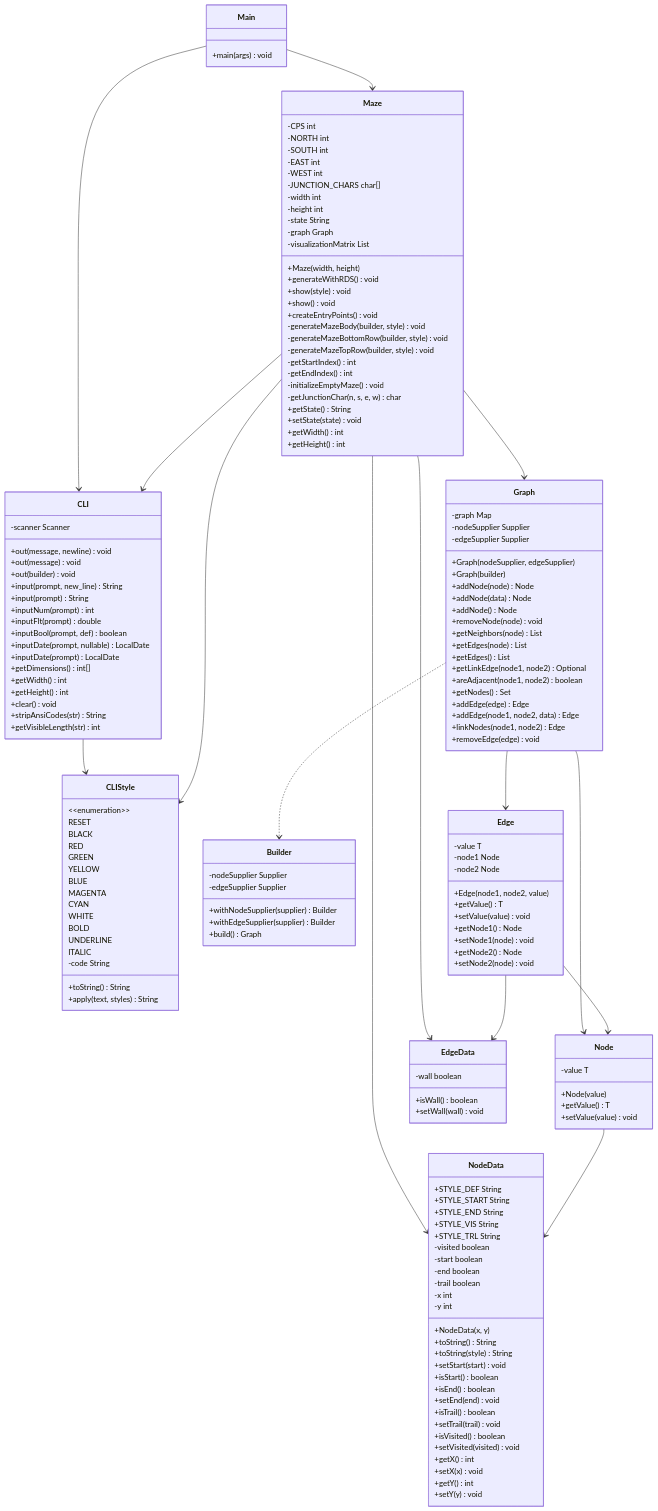
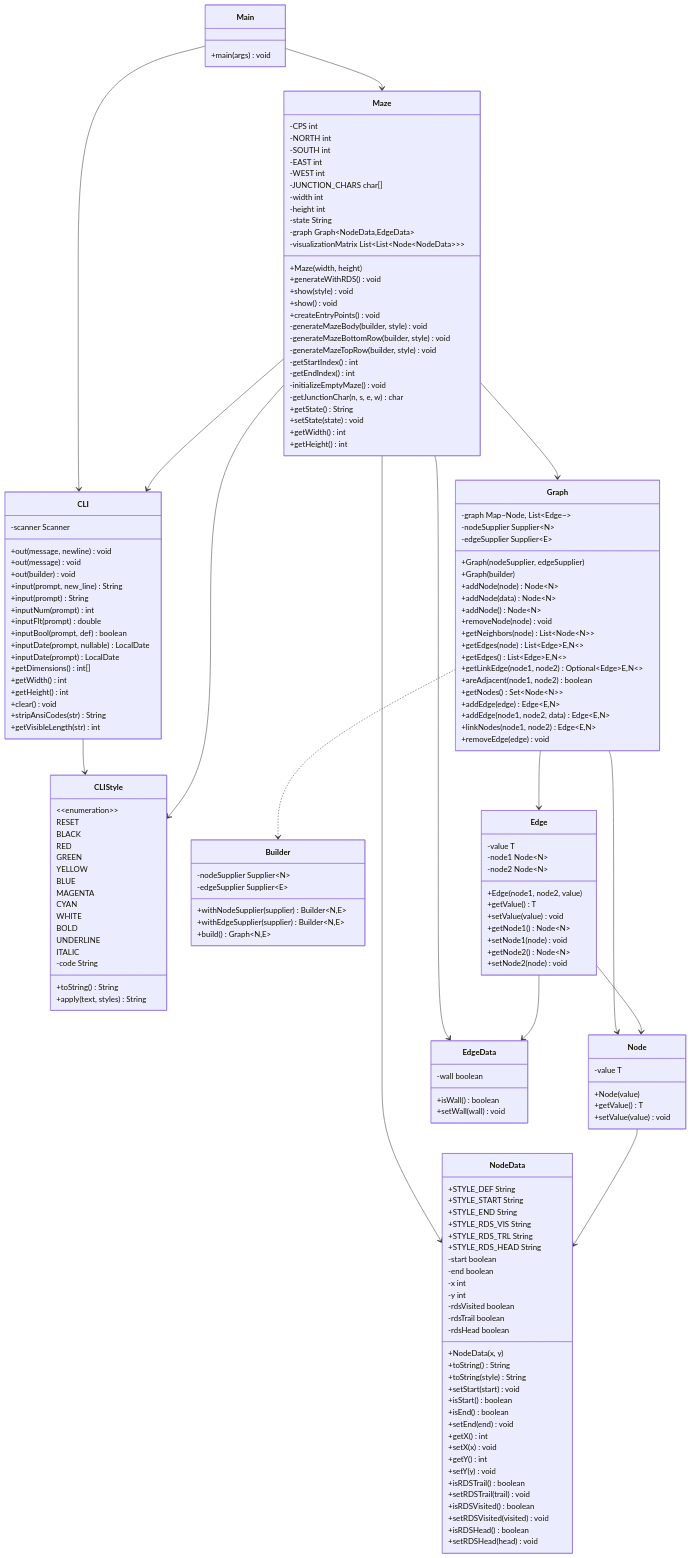
Before and after one commit to S0meW3lls/cli-maze: the diagram in README.md, drawn with Mermaid.

Commit message:
docs: update README.md with new data

```diff
--- a/README.md
+++ b/README.md
@@ -103,33 +103,33 @@
     }
 
     class Graph {
-        -graph Map
-        -nodeSupplier Supplier
-        -edgeSupplier Supplier
+        -graph Map~Node, List~Edge~~
+        -nodeSupplier Supplier~N~
+        -edgeSupplier Supplier~E~
         +Graph(nodeSupplier, edgeSupplier)
         +Graph(builder)
-        +addNode(node) Node
-        +addNode(data) Node
-        +addNode() Node
+        +addNode(node) Node~N~
+        +addNode(data) Node~N~
+        +addNode() Node~N~
         +removeNode(node) void
-        +getNeighbors(node) List
-        +getEdges(node) List
-        +getEdges() List
-        +getLinkEdge(node1, node2) Optional
+        +getNeighbors(node) List~Node~N~~
+        +getEdges(node) List~Edge~E,N~~
+        +getEdges() List~Edge~E,N~~
+        +getLinkEdge(node1, node2) Optional~Edge~E,N~~
         +areAdjacent(node1, node2) boolean
-        +getNodes() Set
-        +addEdge(edge) Edge
-        +addEdge(node1, node2, data) Edge
-        +linkNodes(node1, node2) Edge
+        +getNodes() Set~Node~N~~
+        +addEdge(edge) Edge~E,N~
+        +addEdge(node1, node2, data) Edge~E,N~
+        +linkNodes(node1, node2) Edge~E,N~
         +removeEdge(edge) void
     }
 
     class Builder {
-        -nodeSupplier Supplier
-        -edgeSupplier Supplier
-        +withNodeSupplier(supplier) Builder
-        +withEdgeSupplier(supplier) Builder
-        +build() Graph
+        -nodeSupplier Supplier~N~
+        -edgeSupplier Supplier~E~
+        +withNodeSupplier(supplier) Builder~N,E~
+        +withEdgeSupplier(supplier) Builder~N,E~
+        +build() Graph~N,E~
     }
 
     class Node {
@@ -141,14 +141,14 @@
 
     class Edge {
         -value T
-        -node1 Node
-        -node2 Node
+        -node1 Node~N~
+        -node2 Node~N~
         +Edge(node1, node2, value)
         +getValue() T
         +setValue(value) void
-        +getNode1() Node
+        +getNode1() Node~N~
         +setNode1(node) void
-        +getNode2() Node
+        +getNode2() Node~N~
         +setNode2(node) void
     }
 
@@ -162,8 +162,8 @@
         -width int
         -height int
         -state String
-        -graph Graph
-        -visualizationMatrix List
+        -graph Graph~NodeData,EdgeData~
+        -visualizationMatrix List~List~Node~NodeData~~~
         +Maze(width, height)
         +generateWithRDS() void
         +show(style) void
@@ -186,14 +186,16 @@
         +STYLE_DEF String
         +STYLE_START String
         +STYLE_END String
-        +STYLE_VIS String
-        +STYLE_TRL String
-        -visited boolean
+        +STYLE_RDS_VIS String
+        +STYLE_RDS_TRL String
+        +STYLE_RDS_HEAD String
         -start boolean
         -end boolean
-        -trail boolean
         -x int
         -y int
+        -rdsVisited boolean
+        -rdsTrail boolean
+        -rdsHead boolean
         +NodeData(x, y)
         +toString() String
         +toString(style) String
@@ -201,14 +203,16 @@
         +isStart() boolean
         +isEnd() boolean
         +setEnd(end) void
-        +isTrail() boolean
-        +setTrail(trail) void
-        +isVisited() boolean
-        +setVisited(visited) void
         +getX() int
         +setX(x) void
         +getY() int
         +setY(y) void
+        +isRDSTrail() boolean
+        +setRDSTrail(trail) void
+        +isRDSVisited() boolean
+        +setRDSVisited(visited) void
+        +isRDSHead() boolean
+        +setRDSHead(head) void
     }
 
     class EdgeData {
```
